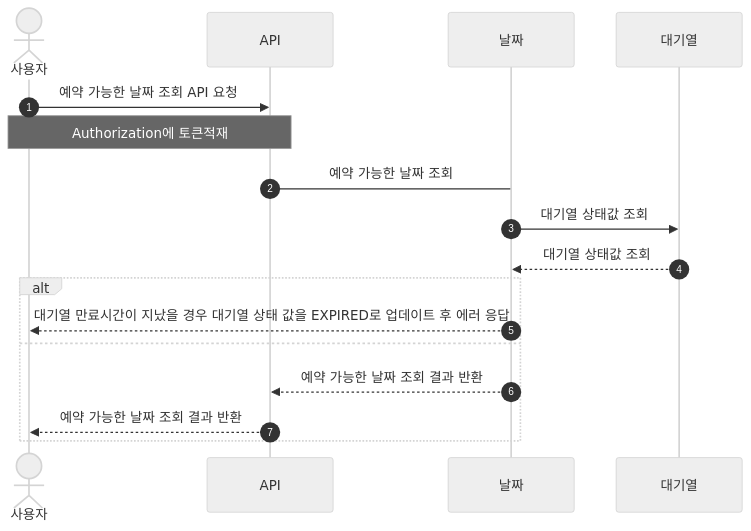
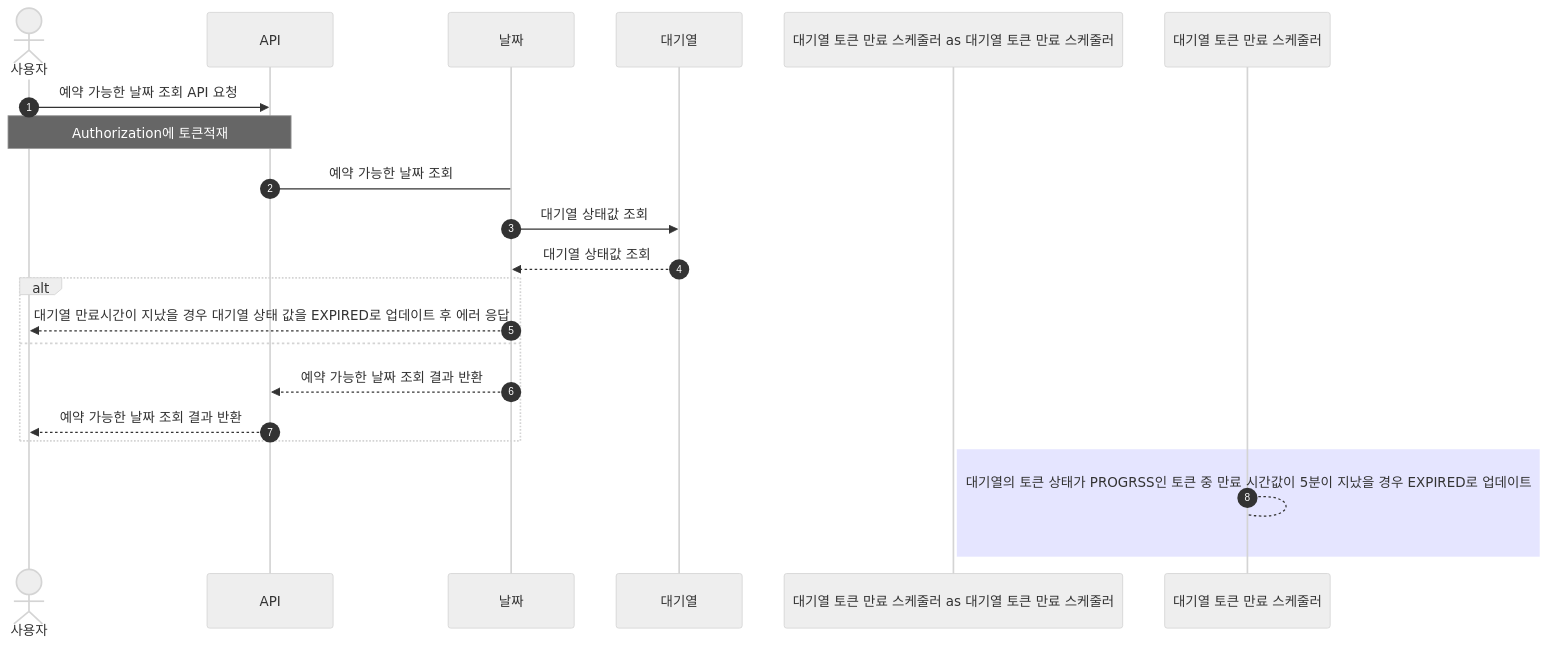
Before and after one commit to jikimee64/hhplus-concert: the second of 7 diagrams in docs/sequence.md, drawn with Mermaid (neutral theme). The commit also changed other lines of this file, not shown here.

First line of the commit message:
docs: 시퀀스 다이어그램 수정

````diff
--- a/docs/sequence.md
+++ b/docs/sequence.md
@@ -37,19 +37,24 @@
 ```mermaid
 sequenceDiagram
     autonumber
     actor 사용자 as 사용자
     participant API as API
     participant 날짜 as 날짜
     participant 대기열 as 대기열
+    participant 대기열 토큰 만료 스케줄러 as 대기열 토큰 만료 스케줄러
     사용자 ->> API: 예약 가능한 날짜 조회 API 요청
     Note over 사용자, API: Authorization에 토큰적재
     API -> 날짜: 예약 가능한 날짜 조회
     날짜 ->> 대기열: 대기열 상태값 조회
     대기열 -->> 날짜: 대기열 상태값 조회
     alt
         날짜 -->> 사용자: 대기열 만료시간이 지났을 경우 대기열 상태 값을 EXPIRED로 업데이트 후 에러 응답
     else
         날짜 -->> API: 예약 가능한 날짜 조회 결과 반환
         API -->> 사용자: 예약 가능한 날짜 조회 결과 반환
     end
+
+    rect rgba(0, 0, 255, .1)
+        대기열 토큰 만료 스케줄러 --> 대기열 토큰 만료 스케줄러: 대기열의 토큰 상태가 PROGRSS인 토큰 중 만료 시간값이 5분이 지났을 경우 EXPIRED로 업데이트
+    end
 ```
````
